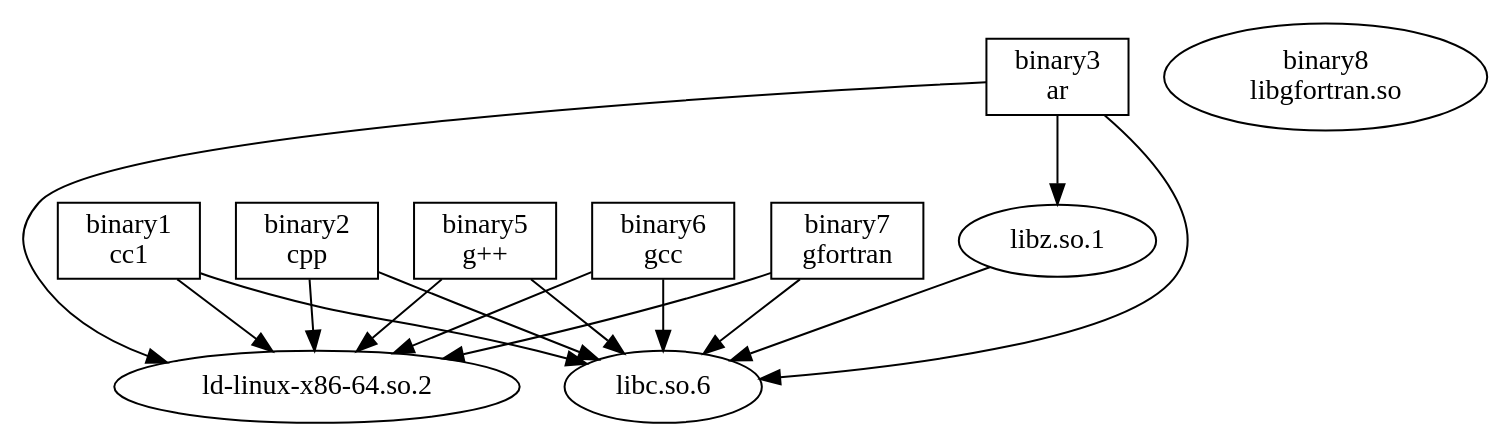
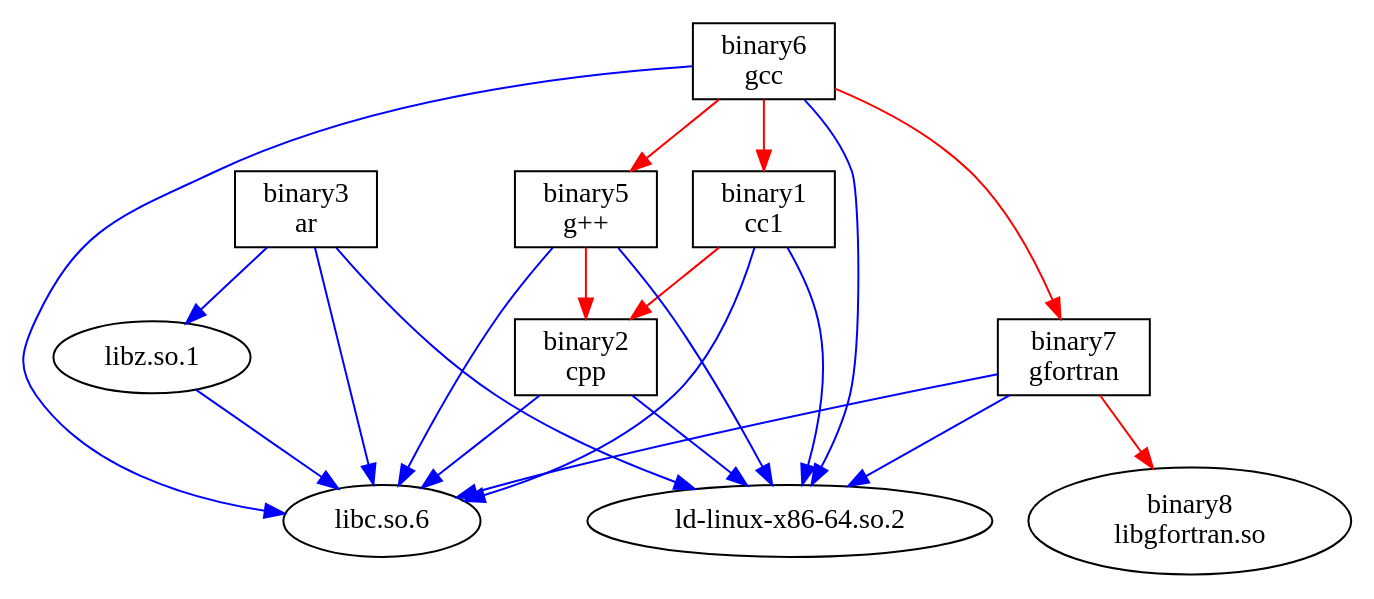
The diagram in scripts/sbom_graph.dot (p7k-S/ISPuaro), drawn with Graphviz before and after one commit. The commit also changed 4 other files, not shown here.

```diff
--- a/scripts/sbom_graph.dot
+++ b/scripts/sbom_graph.dot
@@ -1,30 +1,36 @@
 digraph SBOM {
     node [shape=record];
     // Metadata
     // Platform: x86_64-linux-gnu (x86_64)
-    // Description: GNU Compiler Collection (Debian 4.1.1-21)
+    // Description: GNU Compiler Collection
     "2bc75fa5ad779c5329d271546bcf9f65" [label="binary1\ncc1", shape=box];
-    "2bc75fa5ad779c5329d271546bcf9f65" -> "009a09df458d78514d3f7324b74da26c";
-    "2bc75fa5ad779c5329d271546bcf9f65" -> "786209f5ea18ea186d34979aa51f3343";
+    "2bc75fa5ad779c5329d271546bcf9f65" -> "2f25beac43c57116de46e227db57d08b" [color=red];
+    "2bc75fa5ad779c5329d271546bcf9f65" -> "009a09df458d78514d3f7324b74da26c" [color=blue];
+    "2bc75fa5ad779c5329d271546bcf9f65" -> "786209f5ea18ea186d34979aa51f3343" [color=blue];
     "009a09df458d78514d3f7324b74da26c" [label="libc.so.6\n", shape=ellipse];
     "786209f5ea18ea186d34979aa51f3343" [label="ld-linux-x86-64.so.2\n", shape=ellipse];
     "2f25beac43c57116de46e227db57d08b" [label="binary2\ncpp", shape=box];
-    "2f25beac43c57116de46e227db57d08b" -> "009a09df458d78514d3f7324b74da26c";
-    "2f25beac43c57116de46e227db57d08b" -> "786209f5ea18ea186d34979aa51f3343";
+    "2f25beac43c57116de46e227db57d08b" -> "009a09df458d78514d3f7324b74da26c" [color=blue];
+    "2f25beac43c57116de46e227db57d08b" -> "786209f5ea18ea186d34979aa51f3343" [color=blue];
     "ca21ec459bc61bf3f37b802de95643b5" [label="binary3\nar", shape=box];
-    "ca21ec459bc61bf3f37b802de95643b5" -> "a472f69d270ee71120f52afd509771bc";
-    "ca21ec459bc61bf3f37b802de95643b5" -> "009a09df458d78514d3f7324b74da26c";
-    "ca21ec459bc61bf3f37b802de95643b5" -> "786209f5ea18ea186d34979aa51f3343";
+    "ca21ec459bc61bf3f37b802de95643b5" -> "a472f69d270ee71120f52afd509771bc" [color=blue];
+    "ca21ec459bc61bf3f37b802de95643b5" -> "009a09df458d78514d3f7324b74da26c" [color=blue];
+    "ca21ec459bc61bf3f37b802de95643b5" -> "786209f5ea18ea186d34979aa51f3343" [color=blue];
     "a472f69d270ee71120f52afd509771bc" [label="libz.so.1\n", shape=ellipse];
-    "a472f69d270ee71120f52afd509771bc" -> "009a09df458d78514d3f7324b74da26c";
+    "a472f69d270ee71120f52afd509771bc" -> "009a09df458d78514d3f7324b74da26c" [color=blue];
     "9d7a37a8d8926db082066c37ff6852fc" [label="binary5\ng++", shape=box];
-    "9d7a37a8d8926db082066c37ff6852fc" -> "009a09df458d78514d3f7324b74da26c";
-    "9d7a37a8d8926db082066c37ff6852fc" -> "786209f5ea18ea186d34979aa51f3343";
+    "9d7a37a8d8926db082066c37ff6852fc" -> "2f25beac43c57116de46e227db57d08b" [color=red];
+    "9d7a37a8d8926db082066c37ff6852fc" -> "009a09df458d78514d3f7324b74da26c" [color=blue];
+    "9d7a37a8d8926db082066c37ff6852fc" -> "786209f5ea18ea186d34979aa51f3343" [color=blue];
     "146b59f46d09b9234d28aa1db18a8e88" [label="binary6\ngcc", shape=box];
-    "146b59f46d09b9234d28aa1db18a8e88" -> "009a09df458d78514d3f7324b74da26c";
-    "146b59f46d09b9234d28aa1db18a8e88" -> "786209f5ea18ea186d34979aa51f3343";
+    "146b59f46d09b9234d28aa1db18a8e88" -> "9d7a37a8d8926db082066c37ff6852fc" [color=red];
+    "146b59f46d09b9234d28aa1db18a8e88" -> "40aa837904b50328ebbf3a3380e966dc" [color=red];
+    "146b59f46d09b9234d28aa1db18a8e88" -> "2bc75fa5ad779c5329d271546bcf9f65" [color=red];
+    "146b59f46d09b9234d28aa1db18a8e88" -> "009a09df458d78514d3f7324b74da26c" [color=blue];
+    "146b59f46d09b9234d28aa1db18a8e88" -> "786209f5ea18ea186d34979aa51f3343" [color=blue];
     "40aa837904b50328ebbf3a3380e966dc" [label="binary7\ngfortran", shape=box];
-    "40aa837904b50328ebbf3a3380e966dc" -> "009a09df458d78514d3f7324b74da26c";
-    "40aa837904b50328ebbf3a3380e966dc" -> "786209f5ea18ea186d34979aa51f3343";
+    "40aa837904b50328ebbf3a3380e966dc" -> "26baa7feee82f39e2738cfe1f603d776" [color=red];
+    "40aa837904b50328ebbf3a3380e966dc" -> "009a09df458d78514d3f7324b74da26c" [color=blue];
+    "40aa837904b50328ebbf3a3380e966dc" -> "786209f5ea18ea186d34979aa51f3343" [color=blue];
     "26baa7feee82f39e2738cfe1f603d776" [label="binary8\nlibgfortran.so", shape=ellipse];
 }
```
